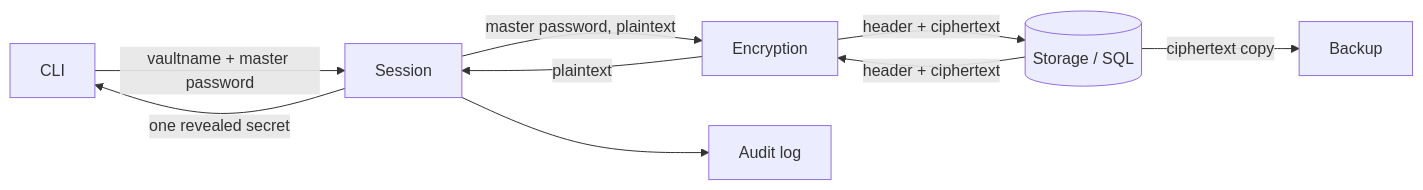
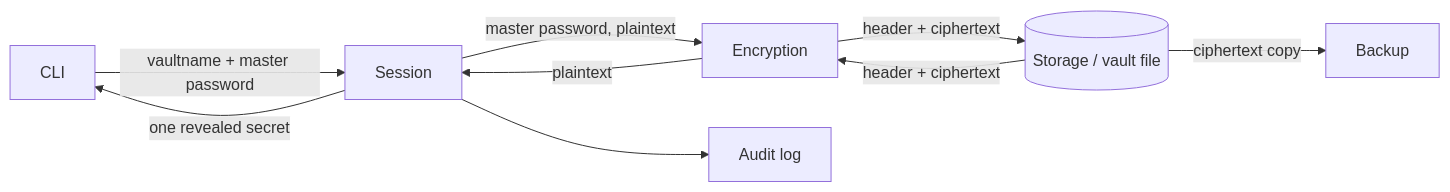
Before and after one commit to jevgeni-arefjev/secure-pass-manager: the first of 2 diagrams in secure-password-manager.md, drawn with Mermaid. The commit also changed other lines of this file and 20 other files, not shown here.

````diff
--- a/secure-password-manager.md
+++ b/secure-password-manager.md
@@ -26,8 +26,8 @@
 ```mermaid
 flowchart LR
   CLI -->|vaultname + master password| SE[Session] -->|master password, plaintext| ENC[Encryption]
   ENC -->|plaintext| SE
   SE -->|one revealed secret| CLI
-  ENC -->|header + ciphertext| ST[(Storage / SQL)] -->|header + ciphertext| ENC
+  ENC -->|header + ciphertext| ST[(Storage / vault file)] -->|header + ciphertext| ENC
   SE --> LOG[Audit log]; ST -->|ciphertext copy| BK[Backup]
 ```
````
